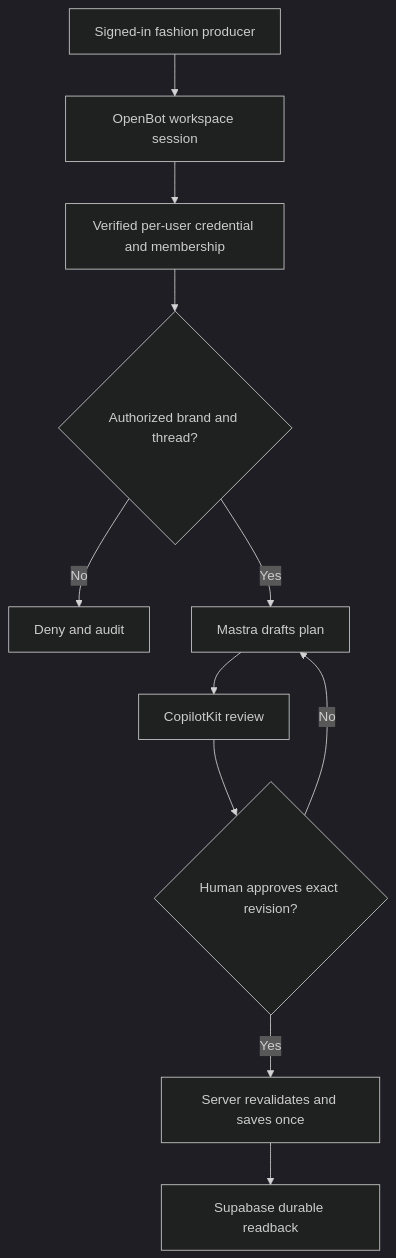
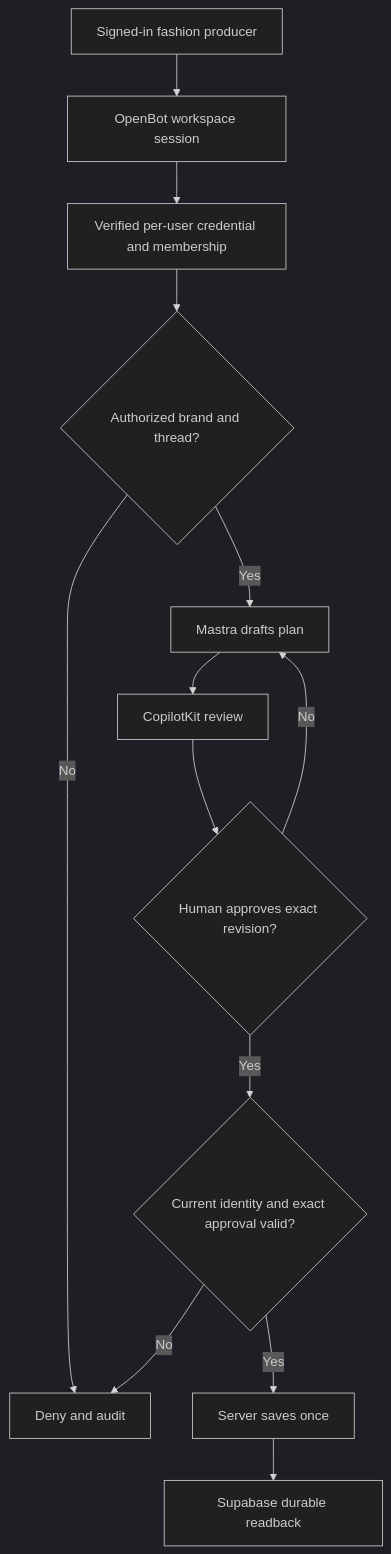
The second of 3 diagrams in docs/ipix/adr/001-migrate-ipix-into-openbot.md (amoai-tech/ipix-open), drawn with Mermaid (dark theme) before and after one commit. The commit also changed other lines of this file, not shown here.

````diff
--- a/docs/ipix/adr/001-migrate-ipix-into-openbot.md
+++ b/docs/ipix/adr/001-migrate-ipix-into-openbot.md
@@ -89,13 +99,15 @@
 ```mermaid
 flowchart TD
     U["Signed-in fashion producer"] --> O["OpenBot workspace session"]
     O --> V["Verified per-user credential and membership"]
     V --> A{"Authorized brand and thread?"}
     A -- No --> X["Deny and audit"]
     A -- Yes --> M["Mastra drafts plan"]
     M --> R["CopilotKit review"]
     R --> H{"Human approves exact revision?"}
     H -- No --> M
-    H -- Yes --> S["Server revalidates and saves once"]
+    H -- Yes --> Q{"Current identity and exact approval valid?"}
+    Q -- No --> X
+    Q -- Yes --> S["Server saves once"]
     S --> D["Supabase durable readback"]
 ```
````
